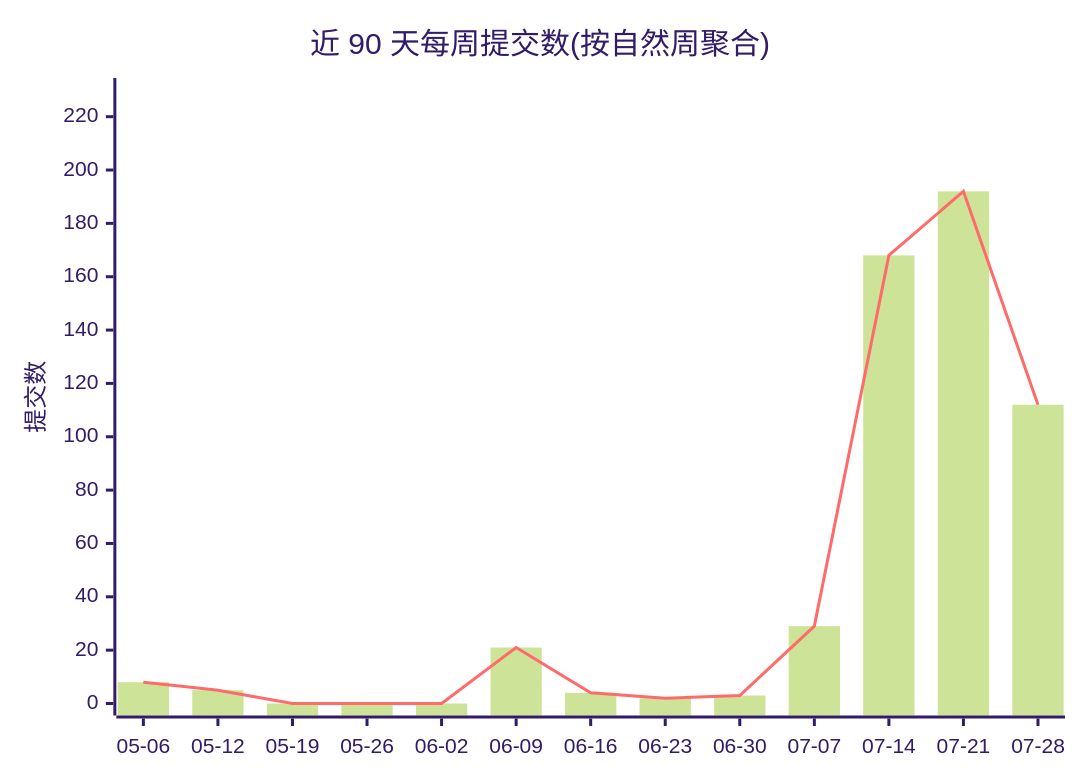
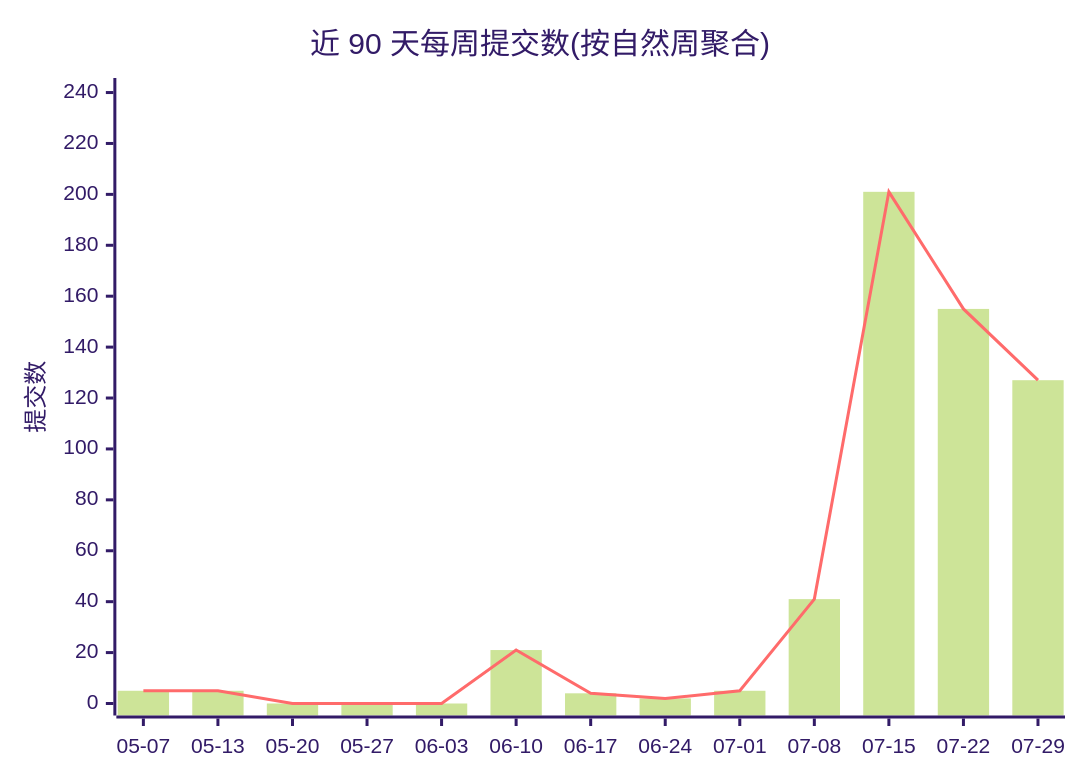
One commit to Conflux-Union/.github changed the first of 2 diagrams in profile/README.md. Above: the diagram before and after it, drawn with Mermaid (forest theme). The commit also changed other lines of this file and 1 other file, not shown here.

````diff
--- a/profile/README.md
+++ b/profile/README.md
@@ -44,8 +44,8 @@
 ```mermaid
 xychart-beta
     title "近 90 天每周提交数(按自然周聚合)"
-    x-axis ["05-06", "05-12", "05-19", "05-26", "06-02", "06-09", "06-16", "06-23", "06-30", "07-07", "07-14", "07-21", "07-28"]
-    y-axis "提交数" 0 --> 230
-    bar [8, 5, 0, 0, 0, 21, 4, 2, 3, 29, 168, 192, 112]
-    line [8, 5, 0, 0, 0, 21, 4, 2, 3, 29, 168, 192, 112]
+    x-axis ["05-07", "05-13", "05-20", "05-27", "06-03", "06-10", "06-17", "06-24", "07-01", "07-08", "07-15", "07-22", "07-29"]
+    y-axis "提交数" 0 --> 241
+    bar [5, 5, 0, 0, 0, 21, 4, 2, 5, 41, 201, 155, 127]
+    line [5, 5, 0, 0, 0, 21, 4, 2, 5, 41, 201, 155, 127]
 ```
````
